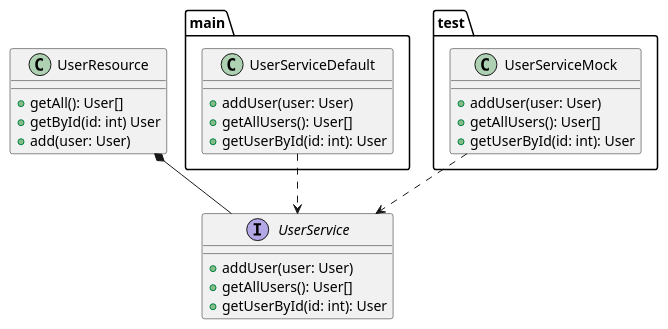
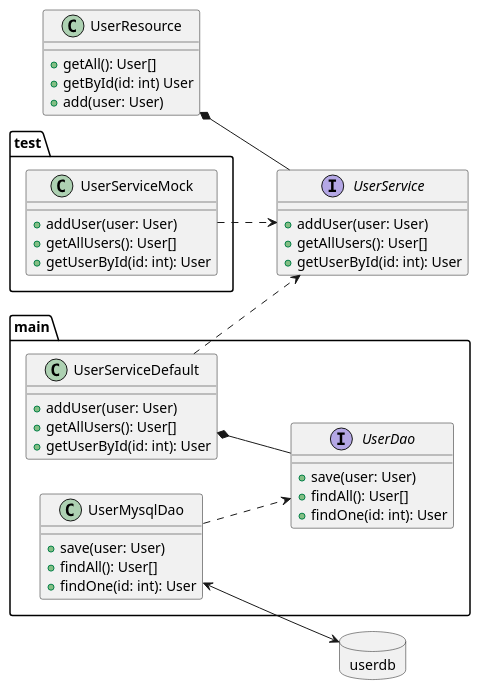
One commit to ownerofglory/hillel-jackarta-rs-tomcat-jersey-demo changed the diagram in classes-weak-dependency-test.plantuml. Above: the diagram before and after it, drawn with PlantUML. The commit also changed 8 other files, not shown here.

Commit message:
Add workflow, tests and diagrams

```diff
--- a/classes-weak-dependency-test.plantuml
+++ b/classes-weak-dependency-test.plantuml
@@ -1,35 +1,55 @@
 @startuml
+left to right direction
+
 
 class UserResource {
     +getAll(): User[]
     +getById(id: int) User
     +add(user: User)
 }
 
 interface UserService {
     +addUser(user: User)
     +getAllUsers(): User[]
     +getUserById(id: int): User
 }
 
 namespace main {
     class UserServiceDefault {
          +addUser(user: User)
          +getAllUsers(): User[]
          +getUserById(id: int): User
     }
+
+    interface UserDao {
+        +save(user: User)
+        +findAll(): User[]
+        +findOne(id: int): User
+    }
+
+    class UserMysqlDao {
+        +save(user: User)
+        +findAll(): User[]
+        +findOne(id: int): User
+    }
 }
 
 namespace test {
     class UserServiceMock {
          +addUser(user: User)
          +getAllUsers(): User[]
          +getUserById(id: int): User
     }
 }
 
+allowmixing
+database userdb
+
 UserResource *-- UserService
 UserServiceDefault ..> UserService
 UserServiceMock ..> UserService
+UserServiceDefault *-- UserDao
+UserMysqlDao ..>UserDao
+UserMysqlDao <--> userdb
 
 @enduml
```
